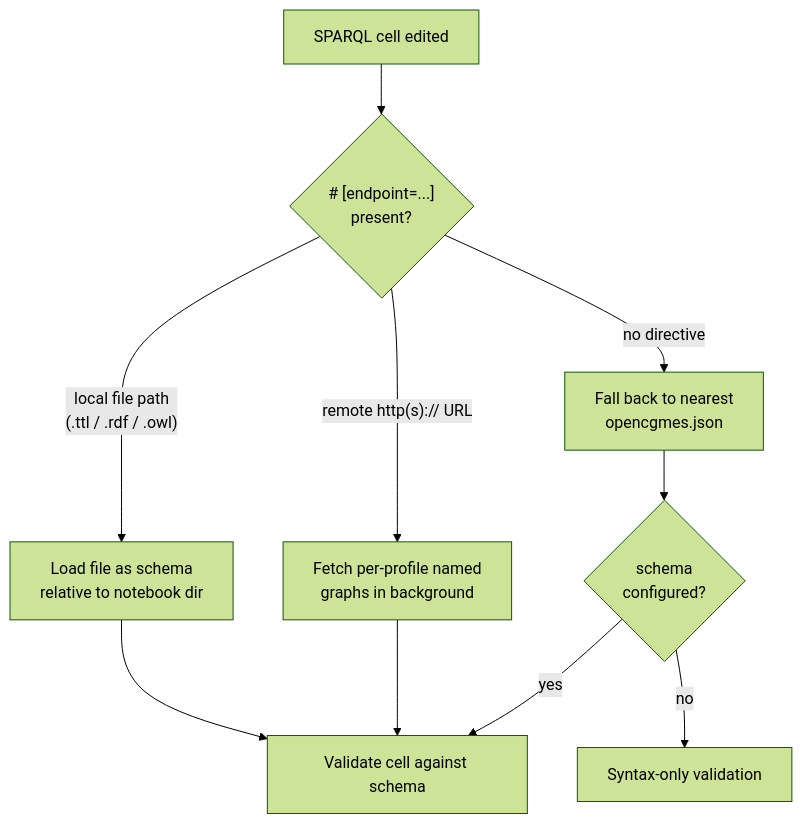
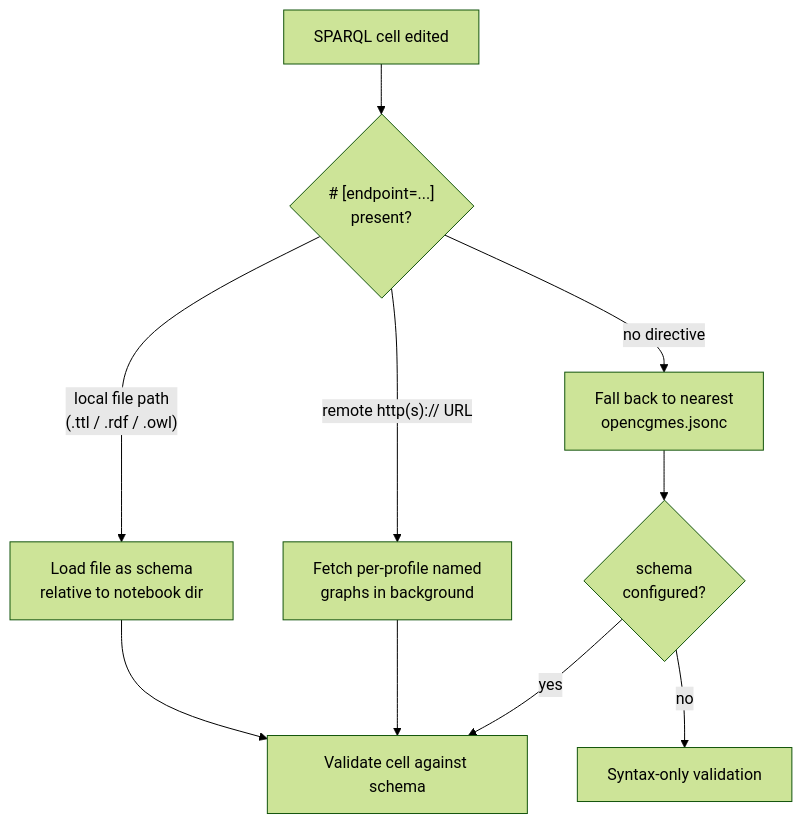
The diagram in docs/content/cimnotebook/sparql-notebooks.md (SOPTIM/OpenCGMES), drawn with Mermaid (forest theme) before and after one commit. The commit also changed other lines of this file and 41 other files, not shown here.

First line of the commit message:
fix(cimvocabcheck): rename config file to opencgmes.jsonc

````diff
--- a/docs/content/cimnotebook/sparql-notebooks.md
+++ b/docs/content/cimnotebook/sparql-notebooks.md
@@ -55,12 +55,12 @@
 ```mermaid
 flowchart TD
     A["SPARQL cell edited"] --> B{"# [endpoint=...]<br/>present?"}
     B -- "local file path<br/>(.ttl / .rdf / .owl)" --> C["Load file as schema<br/>relative to notebook dir"]
     B -- "remote http(s):// URL" --> D["Fetch per-profile named<br/>graphs in background"]
-    B -- "no directive" --> E["Fall back to nearest<br/>opencgmes.json"]
+    B -- "no directive" --> E["Fall back to nearest<br/>opencgmes.jsonc"]
     C --> F["Validate cell against schema"]
     D --> F
     E --> G{"schema<br/>configured?"}
     G -- yes --> F
     G -- no --> H["Syntax-only validation"]
 ```
````
